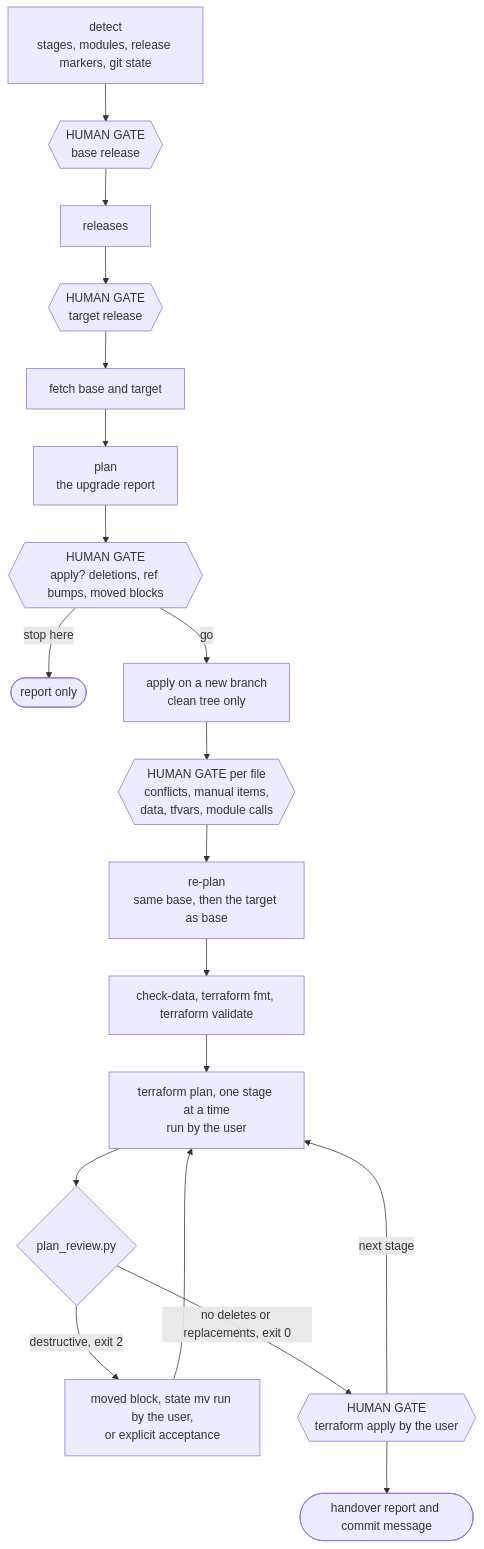
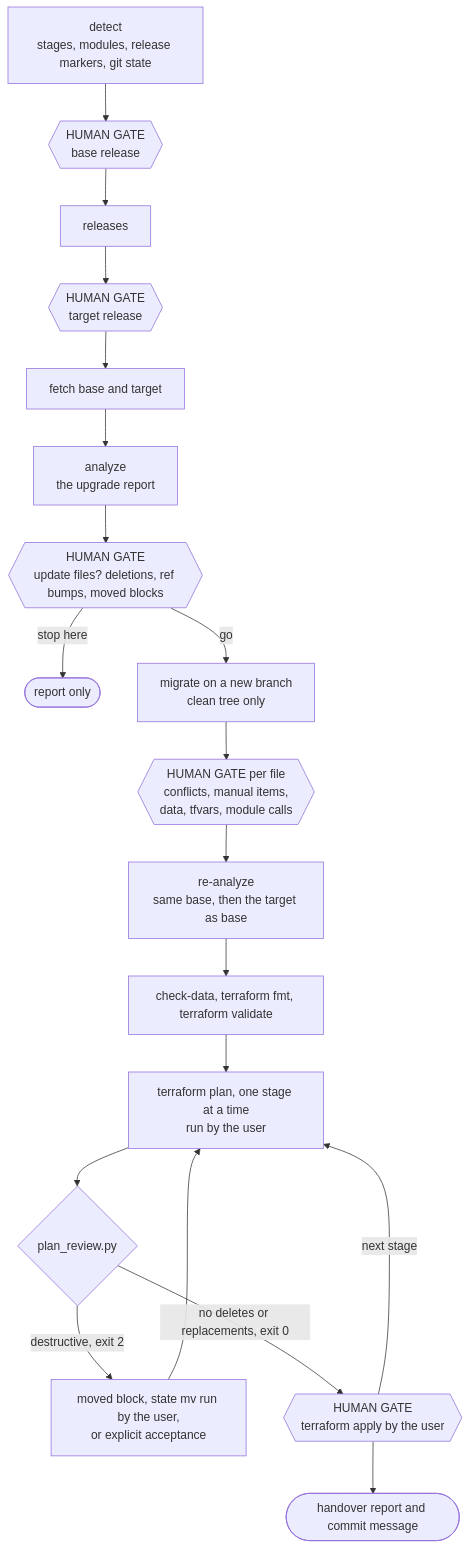
Before and after one commit to GoogleCloudPlatform/cloud-foundation-fabric: the diagram in skills/fast/fast-upgrade/README.md, drawn with Mermaid. The commit also changed other lines of this file and 13 other files, not shown here.

````diff
--- a/skills/fast/fast-upgrade/README.md
+++ b/skills/fast/fast-upgrade/README.md
@@ -146,19 +223,19 @@
 ```mermaid
 flowchart TD
     D["detect<br/>stages, modules, release markers, git state"] --> G1{{"HUMAN GATE<br/>base release"}}
     G1 --> R["releases"] --> G2{{"HUMAN GATE<br/>target release"}}
-    G2 --> F["fetch base and target"] --> P["plan<br/>the upgrade report"]
-    P --> G3{{"HUMAN GATE<br/>apply? deletions, ref bumps, moved blocks"}}
+    G2 --> F["fetch base and target"] --> P["analyze<br/>the upgrade report"]
+    P --> G3{{"HUMAN GATE<br/>update files? deletions, ref bumps, moved blocks"}}
     G3 -- "stop here" --> REPORT(["report only"])
-    G3 -- "go" --> A["apply on a new branch<br/>clean tree only"]
+    G3 -- "go" --> A["migrate on a new branch<br/>clean tree only"]
     A --> G4{{"HUMAN GATE per file<br/>conflicts, manual items,<br/>data, tfvars, module calls"}}
-    G4 --> RP["re-plan<br/>same base, then the target as base"]
+    G4 --> RP["re-analyze<br/>same base, then the target as base"]
     RP --> S["check-data, terraform fmt, terraform validate"]
     S --> TP["terraform plan, one stage at a time<br/>run by the user"]
     TP --> PR{"plan_review.py"}
     PR -- "destructive, exit 2" --> FIX["moved block, state mv run by the user,<br/>or explicit acceptance"]
     FIX --> TP
     PR -- "no deletes or replacements, exit 0" --> G5{{"HUMAN GATE<br/>terraform apply by the user"}}
     G5 -- "next stage" --> TP
     G5 --> H(["handover report and commit message"])
 ```
````
